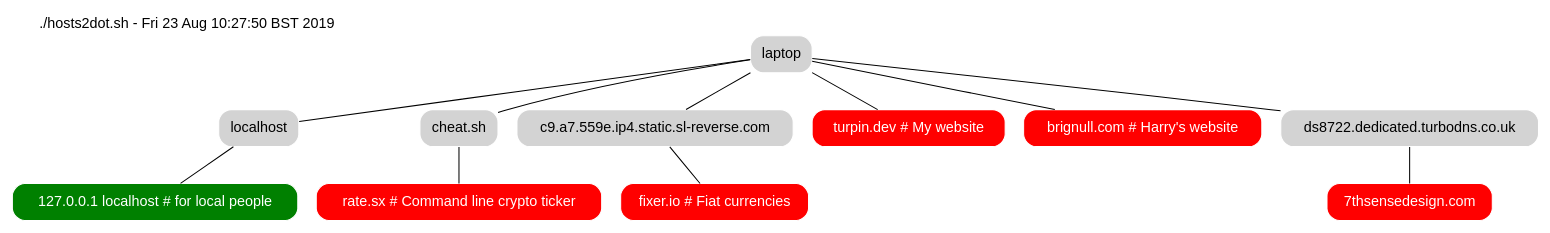
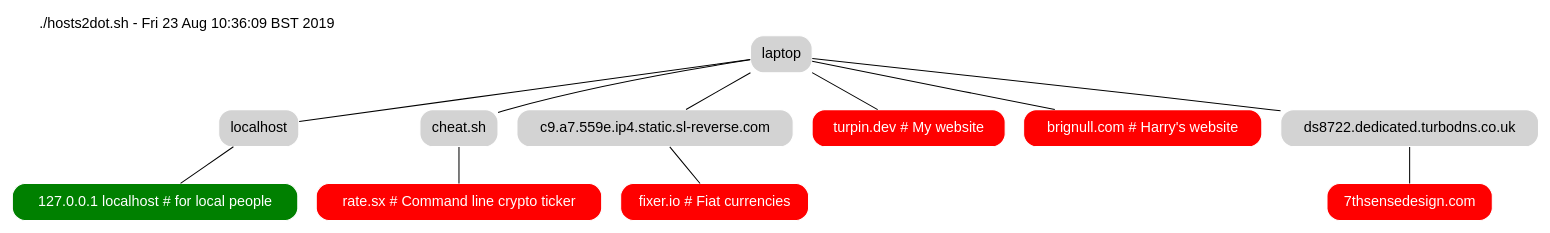
The diagram in artefacts/hosts2dot/topology.dot (deanturpin/magnum-ci), drawn with Graphviz before and after one commit. The commit also changed 3 other files, not shown here.

```diff
--- a/artefacts/hosts2dot/topology.dot
+++ b/artefacts/hosts2dot/topology.dot
@@ -1,18 +1,18 @@
 strict graph {
 fontname=helvetica
 node [shape=rect style="filled,rounded" color=white fillcolor=lightgrey fontname=helvetica]
 soy_yo [label="laptop"]
-graph [label="./hosts2dot.sh - Fri 23 Aug 10:27:50 BST 2019" labelloc=top labeljust=left]
+graph [label="./hosts2dot.sh - Fri 23 Aug 10:36:09 BST 2019" labelloc=top labeljust=left]
 "127.0.0.1 localhost # for local people" [fillcolor=green fontcolor=white]
 soy_yo--"localhost"--"127.0.0.1 localhost # for local people"
 "rate.sx # Command line crypto ticker" [fillcolor=red fontcolor=white]
 soy_yo--"cheat.sh"--"rate.sx # Command line crypto ticker"
 "fixer.io # Fiat currencies" [fillcolor=red fontcolor=white]
 soy_yo--"c9.a7.559e.ip4.static.sl-reverse.com"--"fixer.io # Fiat currencies"
 "turpin.dev # My website" [fillcolor=red fontcolor=white]
 soy_yo--"turpin.dev # My website"
 "brignull.com # Harry's website" [fillcolor=red fontcolor=white]
 soy_yo--"brignull.com # Harry's website"
 "7thsensedesign.com" [fillcolor=red fontcolor=white]
 soy_yo--"ds8722.dedicated.turbodns.co.uk"--"7thsensedesign.com"
 }
```
